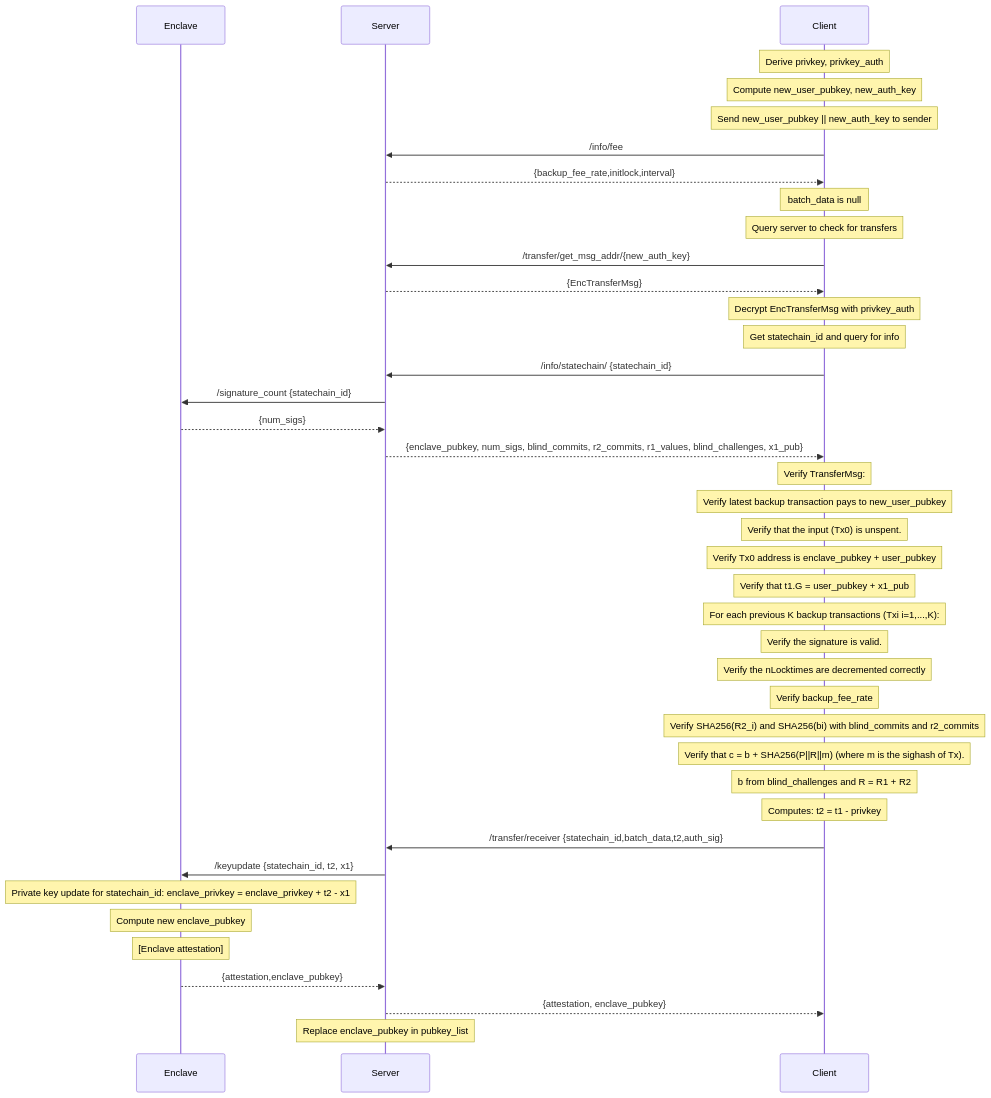
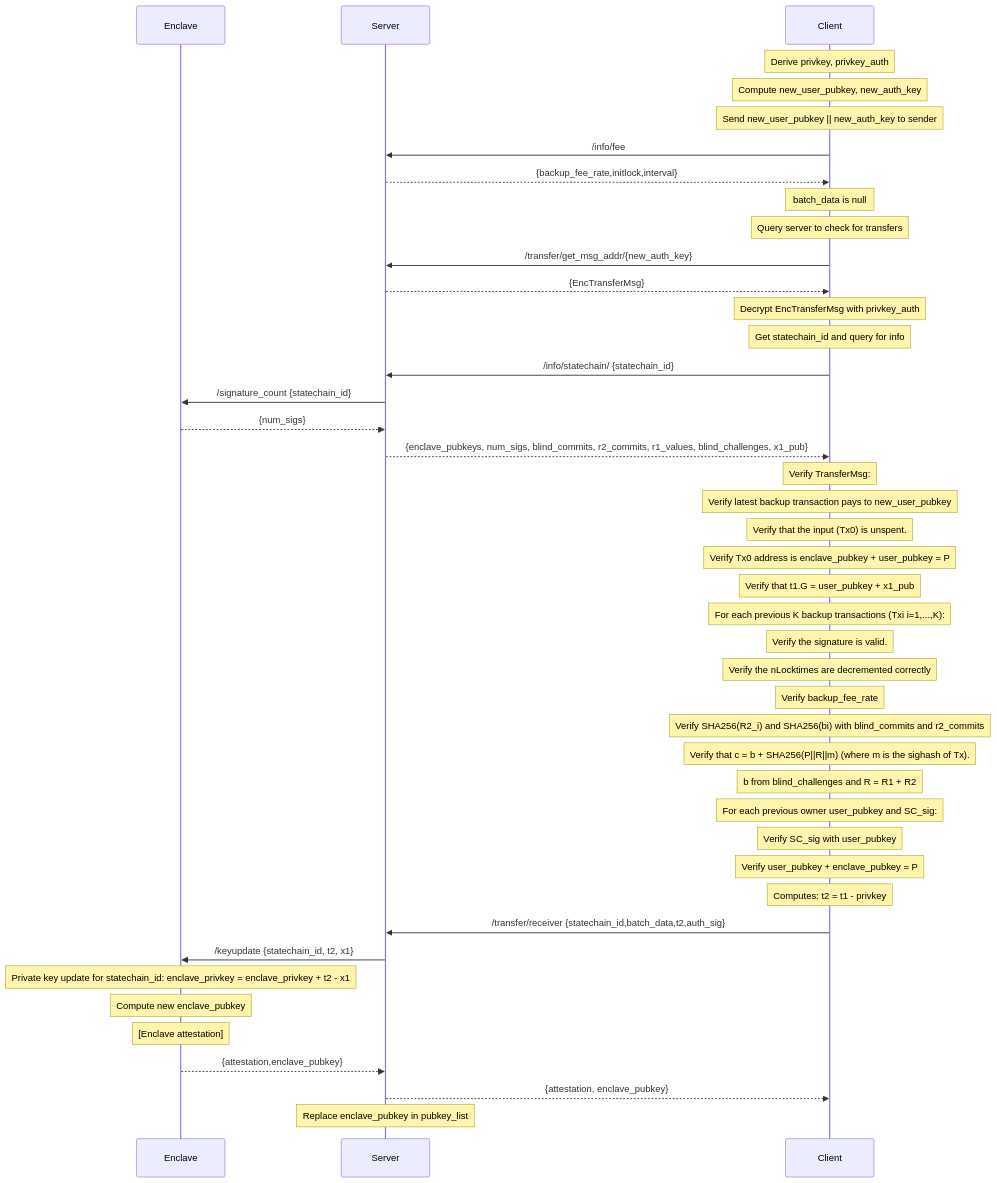
The diagram in docs/transfer_receiver_sequence.md (commerceblock/mercurylayer), drawn with Mermaid before and after one commit.

````diff
--- a/docs/transfer_receiver_sequence.md
+++ b/docs/transfer_receiver_sequence.md
@@ -3,42 +3,45 @@
 ```mermaid
 sequenceDiagram
     participant Enclave
     participant Server
     participant Client
     note over Client: Derive privkey, privkey_auth
     note over Client: Compute new_user_pubkey, new_auth_key
     note over Client: Send new_user_pubkey || new_auth_key to sender
     Client->>Server: /info/fee
     Server-->>Client: {backup_fee_rate,initlock,interval}
     note over Client: batch_data is null
     note over Client: Query server to check for transfers
     Client->>Server: /transfer/get_msg_addr/{new_auth_key}
     Server-->>Client: {EncTransferMsg}
     note over Client: Decrypt EncTransferMsg with privkey_auth
     note over Client: Get statechain_id and query for info
     Client->>Server: /info/statechain/ {statechain_id}
     Server->>Enclave: /signature_count {statechain_id}
     Enclave-->>Server: {num_sigs}
-    Server-->>Client: {enclave_pubkey, num_sigs, blind_commits, r2_commits, r1_values, blind_challenges, x1_pub}
+    Server-->>Client: {enclave_pubkeys, num_sigs, blind_commits, r2_commits, r1_values, blind_challenges, x1_pub}
     note over Client: Verify TransferMsg:
     note over Client: Verify latest backup transaction pays to new_user_pubkey
     note over Client: Verify that the input (Tx0) is unspent.
-    note over Client: Verify Tx0 address is enclave_pubkey + user_pubkey
+    note over Client: Verify Tx0 address is enclave_pubkey + user_pubkey = P
     note over Client: Verify that t1.G = user_pubkey + x1_pub
     note over Client: For each previous K backup transactions (Txi i=1,...,K):
-    note over Client: Verify the signature is valid.
-    note over Client: Verify the nLocktimes are decremented correctly
-    note over Client: Verify backup_fee_rate
-    note over Client: Verify SHA256(R2_i) and SHA256(bi) with blind_commits and r2_commits
-    note over Client: Verify that c = b + SHA256(P||R||m) (where m is the sighash of Tx).
-    note over Client: b from blind_challenges and R = R1 + R2
+    note over Client:   Verify the signature is valid.
+    note over Client:   Verify the nLocktimes are decremented correctly
+    note over Client:   Verify backup_fee_rate
+    note over Client:   Verify SHA256(R2_i) and SHA256(bi) with blind_commits and r2_commits
+    note over Client:   Verify that c = b + SHA256(P||R||m) (where m is the sighash of Tx).
+    note over Client:   b from blind_challenges and R = R1 + R2
+    note over Client: For each previous owner user_pubkey and SC_sig:
+    note over Client:   Verify SC_sig with user_pubkey
+    note over Client:   Verify user_pubkey + enclave_pubkey = P
     note over Client: Computes: t2 = t1 - privkey
     Client->>Server: /transfer/receiver {statechain_id,batch_data,t2,auth_sig}
     Server->>Enclave: /keyupdate {statechain_id, t2, x1}
     note over Enclave: Private key update for statechain_id: enclave_privkey = enclave_privkey + t2 - x1
     note over Enclave: Compute new enclave_pubkey
     note over Enclave: [Enclave attestation]
     Enclave-->>Server: {attestation,enclave_pubkey}
     Server-->>Client: {attestation, enclave_pubkey}
     note over Server: Replace enclave_pubkey in pubkey_list
 ```
````
